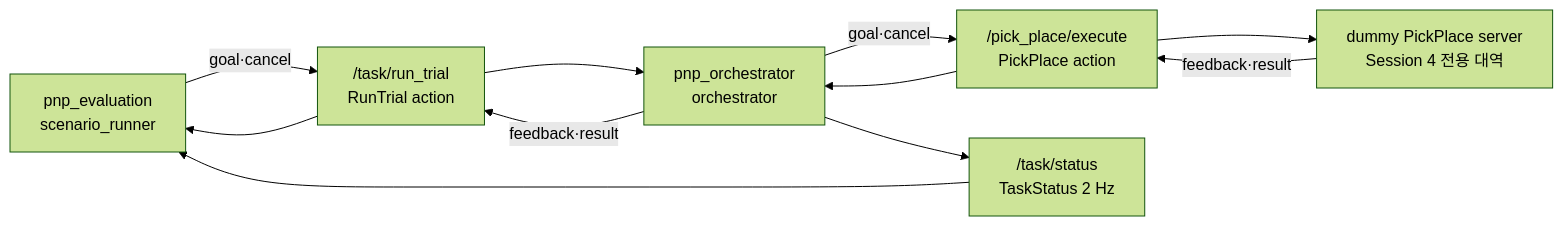
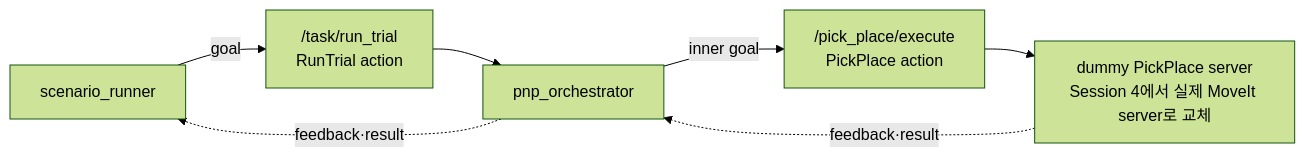
The diagram in guides/assets/session-2/system_architecture-session2-snippet.md (GIST-ISAAC-Robotics/2026-pnp-study), drawn with Mermaid (forest theme) before and after one commit. The commit also changed other lines of this file and 32 other files, not shown here.

Commit message:
curriculum: simplify weeks 1-4 learning flow

````diff
--- a/guides/assets/session-2/system_architecture-session2-snippet.md
+++ b/guides/assets/session-2/system_architecture-session2-snippet.md
@@ -5,15 +3,13 @@
 ```mermaid
 flowchart LR
-    evaluator["pnp_evaluation\nscenario_runner"]
+    runner["scenario_runner"]
     run_trial["/task/run_trial\nRunTrial action"]
-    orchestrator["pnp_orchestrator\norchestrator"]
+    orchestrator["pnp_orchestrator"]
     pick_place["/pick_place/execute\nPickPlace action"]
-    manipulation["dummy PickPlace server\nSession 4 전용 대역"]
-    status["/task/status\nTaskStatus 2 Hz"]
+    dummy["dummy PickPlace server\nSession 4에서 실제 MoveIt server로 교체"]
 
-    evaluator -->|goal·cancel| run_trial --> orchestrator
-    orchestrator -->|goal·cancel| pick_place --> manipulation
-    manipulation -->|feedback·result| pick_place --> orchestrator
-    orchestrator -->|feedback·result| run_trial --> evaluator
-    orchestrator --> status --> evaluator
+    runner -->|goal| run_trial --> orchestrator
+    orchestrator -->|inner goal| pick_place --> dummy
+    dummy -.->|feedback·result| orchestrator
+    orchestrator -.->|feedback·result| runner
 ```
````
